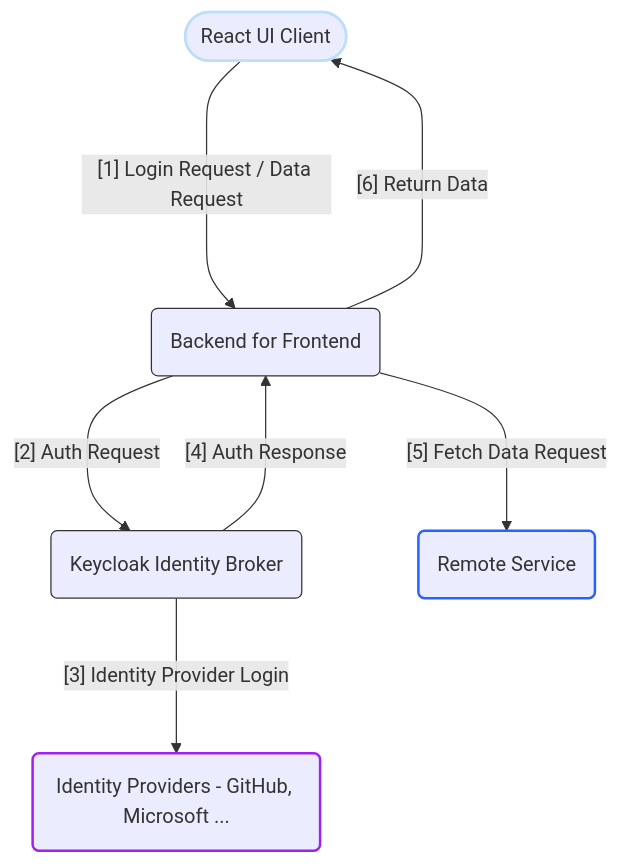
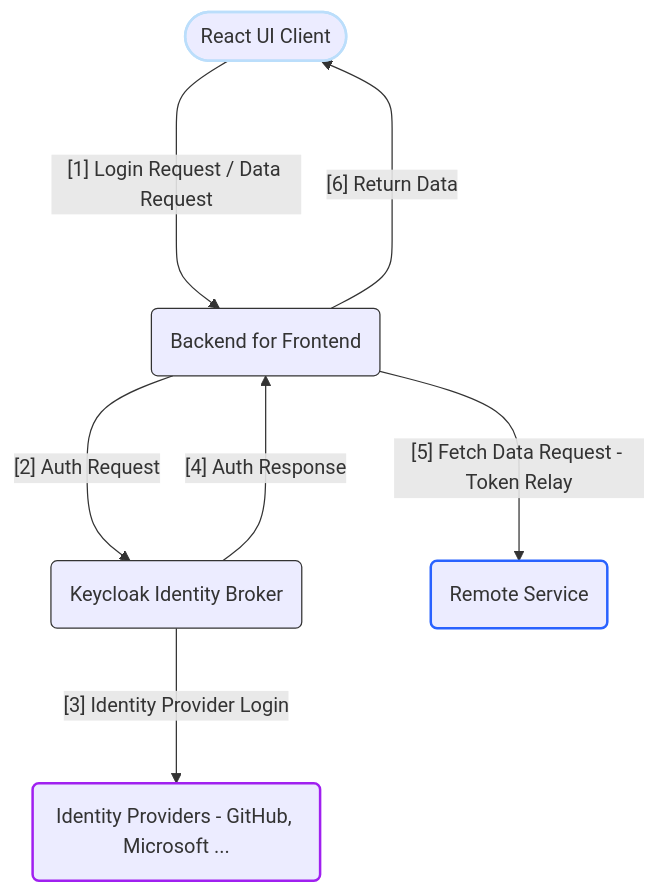
Before and after one commit to CynicDog/CynicDog.github.io: the diagram in _posts/2024-09-26-cloud-native-spring-with-spa-and-key-cloak.md, drawn with Mermaid.

````diff
--- a/_posts/2024-09-26-cloud-native-spring-with-spa-and-key-cloak.md
+++ b/_posts/2024-09-26-cloud-native-spring-with-spa-and-key-cloak.md
@@ -22,21 +22,21 @@
 ```mermaid 
 flowchart TD
     A([React UI Client]) ----> |"[1] Login Request / Data Request"| B(Backend for Frontend)
     B ---> |"[2] Auth Request"| C(Keycloak Identity Broker)
     C ---> |"[3] Identity Provider Login"| D(Identity Providers - GitHub, Microsoft ...)
     C --> |"[4] Auth Response"| B
-    B ---> |"[5] Fetch Data Request"| E(Remote Service)
+    B ---> |"[5] Fetch Data Request - Token Relay"| E(Remote Service)
     B --> |"[6] Return Data"| A
 
     classDef container stroke:#333,stroke-width:1px;
     class B,C,E container;
 
     classDef react stroke:#BBDEFB,stroke-width:2px;
     class A react
 
     classDef service stroke:#A020F0,stroke-width:2px;
     class D service
 
     classDef remote stroke:#2962FF,stroke-width:2px;
     class E remote
 ```
````
